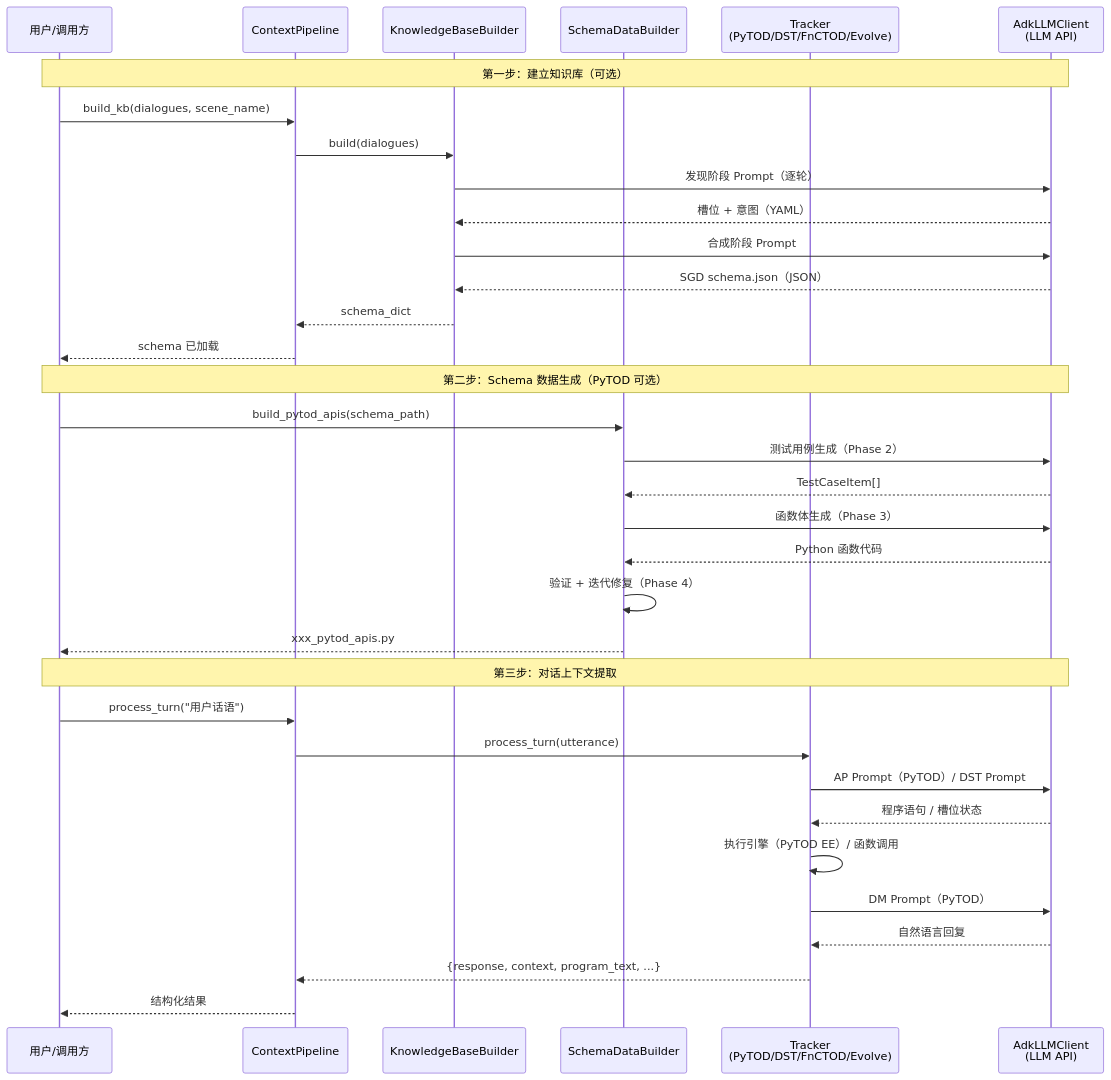
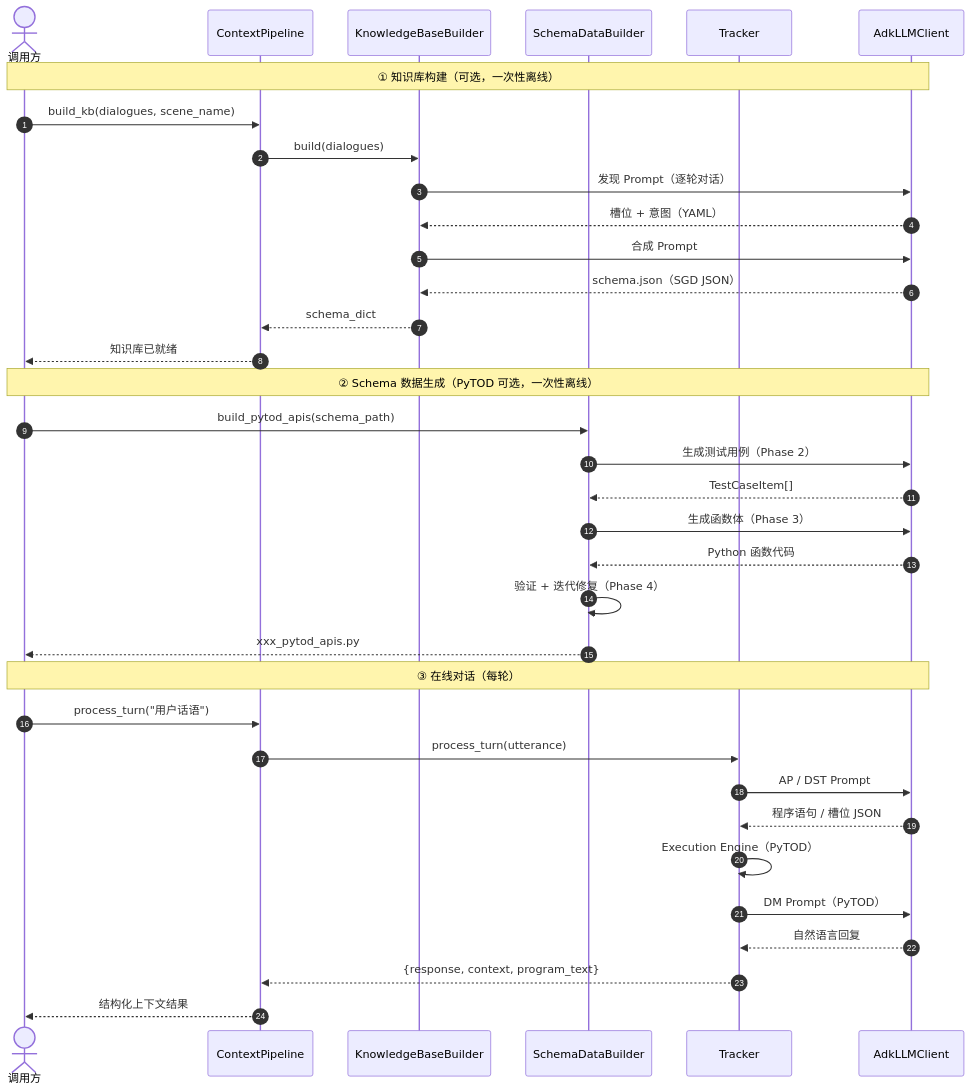
Before and after one commit to JasmineAIGC/ContextMind: the second of 4 diagrams in docs/architecture.md, drawn with Mermaid. The commit also changed other lines of this file, not shown here.

First line of the commit message:
docs: refactor architecture.md — 4 clean diagrams, fix overlap and reduce count

````diff
--- a/docs/architecture.md
+++ b/docs/architecture.md
@@ -176,39 +105,40 @@
 ```mermaid
 sequenceDiagram
-    participant U as 用户/调用方
+    autonumber
+    actor User as 调用方
     participant CP as ContextPipeline
     participant KB as KnowledgeBaseBuilder
     participant SB as SchemaDataBuilder
-    participant TR as Tracker<br/>(PyTOD/DST/FnCTOD/Evolve)
-    participant LLM as AdkLLMClient<br/>(LLM API)
+    participant TR as Tracker
+    participant LLM as AdkLLMClient
 
-    Note over U,LLM: 第一步：建立知识库（可选）
-    U->>CP: build_kb(dialogues, scene_name)
+    Note over User,LLM: ① 知识库构建（可选，一次性离线）
+    User->>CP: build_kb(dialogues, scene_name)
     CP->>KB: build(dialogues)
-    KB->>LLM: 发现阶段 Prompt（逐轮）
+    KB->>LLM: 发现 Prompt（逐轮对话）
     LLM-->>KB: 槽位 + 意图（YAML）
-    KB->>LLM: 合成阶段 Prompt
-    LLM-->>KB: SGD schema.json（JSON）
+    KB->>LLM: 合成 Prompt
+    LLM-->>KB: schema.json（SGD JSON）
     KB-->>CP: schema_dict
-    CP-->>U: schema 已加载
+    CP-->>User: 知识库已就绪
 
-    Note over U,LLM: 第二步：Schema 数据生成（PyTOD 可选）
-    U->>SB: build_pytod_apis(schema_path)
-    SB->>LLM: 测试用例生成（Phase 2）
+    Note over User,LLM: ② Schema 数据生成（PyTOD 可选，一次性离线）
+    User->>SB: build_pytod_apis(schema_path)
+    SB->>LLM: 生成测试用例（Phase 2）
     LLM-->>SB: TestCaseItem[]
-    SB->>LLM: 函数体生成（Phase 3）
+    SB->>LLM: 生成函数体（Phase 3）
     LLM-->>SB: Python 函数代码
     SB->>SB: 验证 + 迭代修复（Phase 4）
-    SB-->>U: xxx_pytod_apis.py
+    SB-->>User: xxx_pytod_apis.py
 
-    Note over U,LLM: 第三步：对话上下文提取
-    U->>CP: process_turn("用户话语")
+    Note over User,LLM: ③ 在线对话（每轮）
+    User->>CP: process_turn("用户话语")
     CP->>TR: process_turn(utterance)
-    TR->>LLM: AP Prompt（PyTOD）/ DST Prompt
-    LLM-->>TR: 程序语句 / 槽位状态
-    TR->>TR: 执行引擎（PyTOD EE）/ 函数调用
+    TR->>LLM: AP / DST Prompt
+    LLM-->>TR: 程序语句 / 槽位 JSON
+    TR->>TR: Execution Engine（PyTOD）
     TR->>LLM: DM Prompt（PyTOD）
     LLM-->>TR: 自然语言回复
-    TR-->>CP: {response, context, program_text, ...}
-    CP-->>U: 结构化结果
+    TR-->>CP: {response, context, program_text}
+    CP-->>User: 结构化上下文结果
 ```
````
